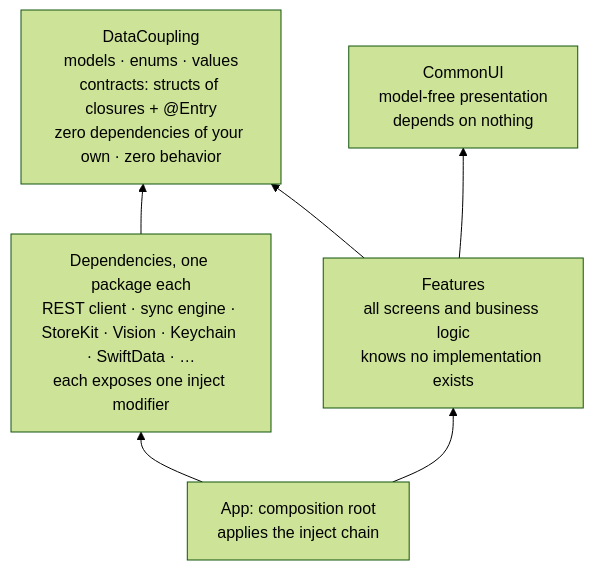
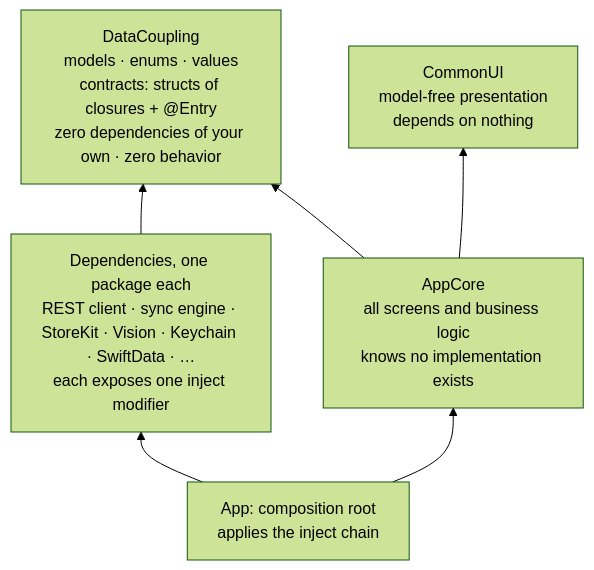
Before and after one commit to sisoje/hypermodular: the diagram in data-coupling/references/modules.md, drawn with Mermaid (forest theme). The commit also changed other lines of this file and 7 other files, not shown here.

Commit message:
F109: the features package is AppCore, the app's core beside the app target as its shell

````diff
--- a/data-coupling/references/modules.md
+++ b/data-coupling/references/modules.md
@@ -245,13 +245,13 @@
 ```mermaid
 flowchart BT
     Data["DataCoupling<br/>models · enums · values<br/>contracts: structs of closures + @Entry<br/>zero dependencies of your own · zero behavior"]
-    Features["Features<br/>all screens and business logic<br/>knows no implementation exists"]
+    AppCore["AppCore<br/>all screens and business logic<br/>knows no implementation exists"]
     CommonUI["CommonUI<br/>model-free presentation<br/>depends on nothing"]
     Deps["Dependencies, one package each<br/>REST client · sync engine · StoreKit · Vision · Keychain · SwiftData · …<br/>each exposes one inject modifier"]
     App["App: composition root<br/>applies the inject chain"]
-    Features --> Data
-    Features --> CommonUI
+    AppCore --> Data
+    AppCore --> CommonUI
     Deps --> Data
-    App --> Features
+    App --> AppCore
     App --> Deps
 ```
````
